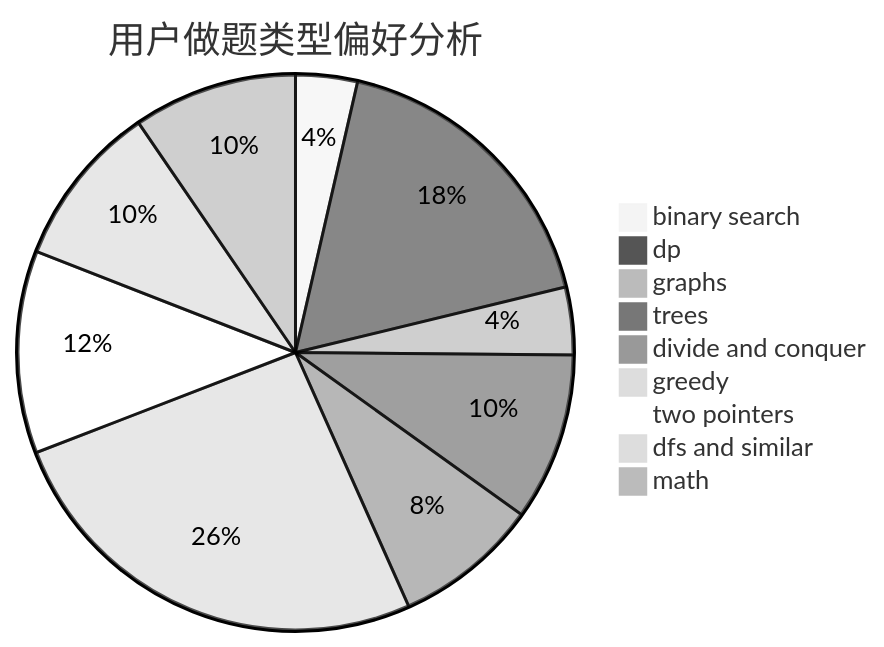
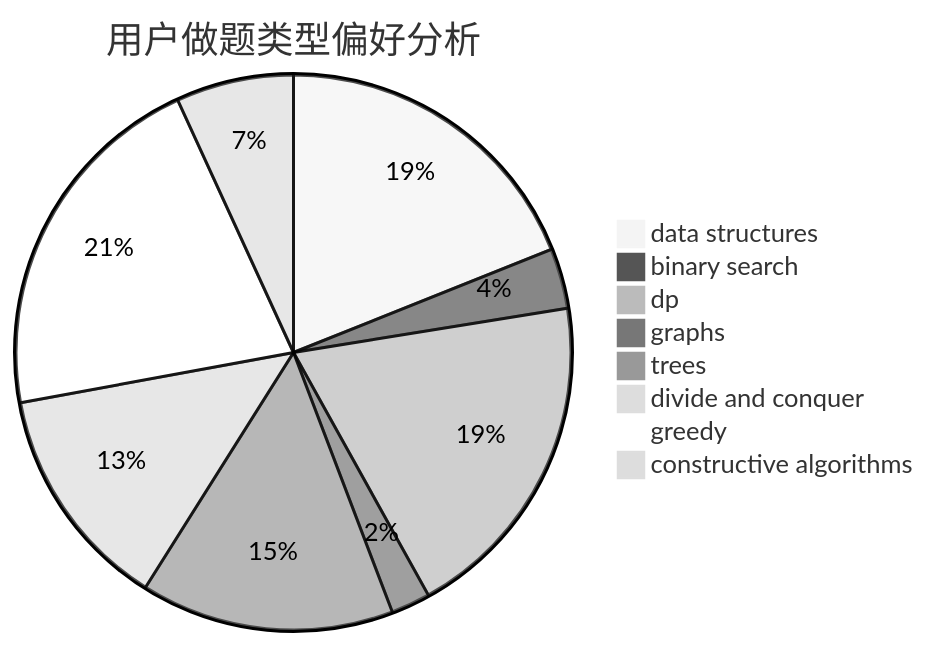
One commit to sherpahu/cfrs.github.io changed the second of 3 diagrams in docs/user/u933.md. Above: the diagram before and after it, drawn with Mermaid (neutral theme). The commit also changed other lines of this file and 2775 other files, not shown here.

````diff
--- a/docs/user/u933.md
+++ b/docs/user/u933.md
@@ -23,12 +23,11 @@
 ```mermaid
 pie title 用户做题类型偏好分析
-    "binary search" :  32
-    "dp" :  157
-    "graphs" :  35
-    "trees" :  87
+    "data structures" :  108
+    "binary search" :  20
+    "dp" :  111
+    "graphs" :  13
+    "trees" :  84
     "divide and conquer" :  75
-    "greedy" :  230
-    "two pointers" :  105
-    "dfs and similar" :  85
-    "math" :  85
+    "greedy" :  120
+    "constructive algorithms" :  39
 ```
````
